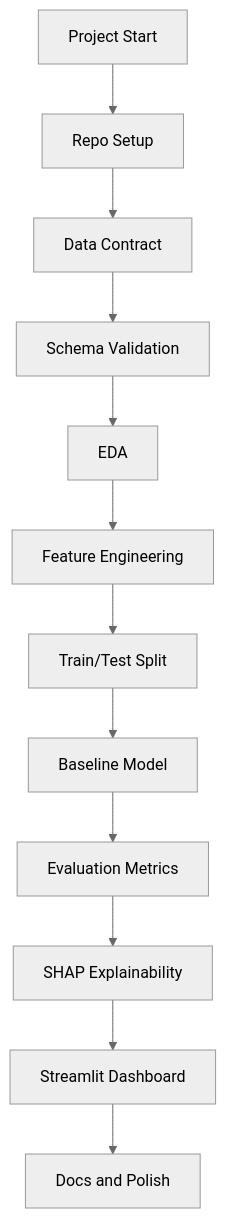
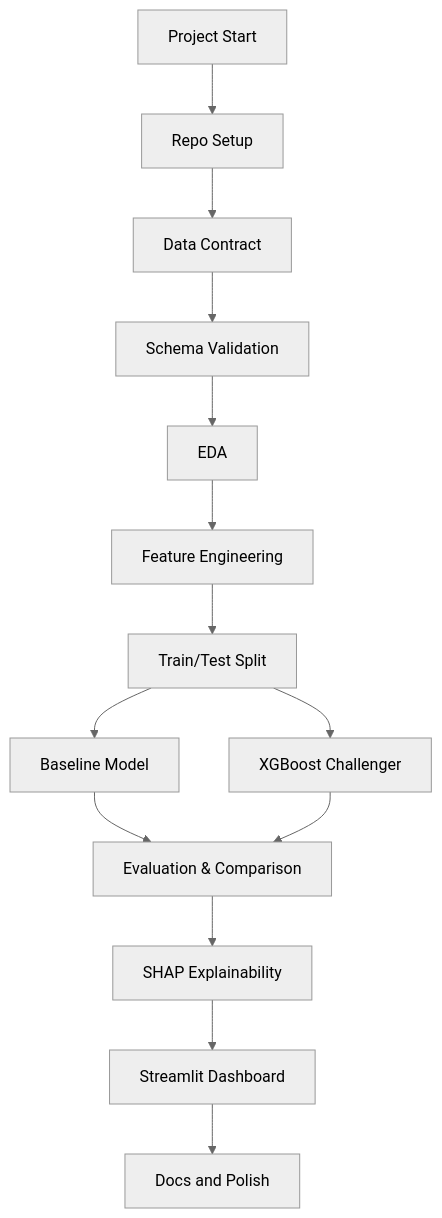
One commit to yash1-coder/Customer-Churn-Prediction changed the diagram in docs/workflow.mmd. Above: the diagram before and after it, drawn with Mermaid (neutral theme). The commit also changed 3 other files, not shown here.

First line of the commit message:
Add XGBoost challenger pipeline and update milestone workflow

```diff
--- a/docs/workflow.mmd
+++ b/docs/workflow.mmd
@@ -1,12 +1,14 @@
 flowchart TD
     A[Project Start] --> B[Repo Setup]
     B --> C[Data Contract]
     C --> D[Schema Validation]
     D --> E[EDA]
     E --> F[Feature Engineering]
     F --> G[Train/Test Split]
     G --> H[Baseline Model]
-    H --> I[Evaluation Metrics]
+    G --> H2[XGBoost Challenger]
+    H --> I[Evaluation & Comparison]
+    H2 --> I
     I --> J[SHAP Explainability]
     J --> K[Streamlit Dashboard]
     K --> L[Docs and Polish]
```
